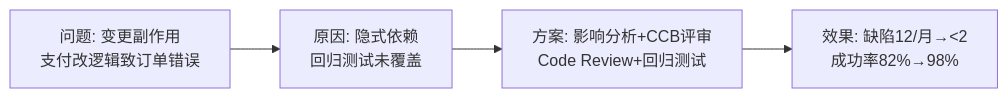
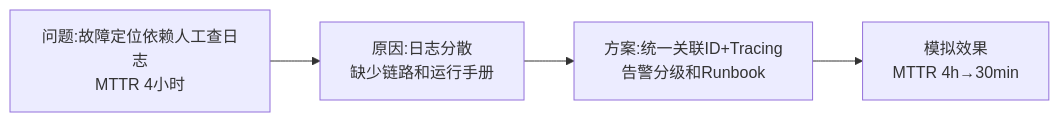
One commit to EdgarLQS/SoftwareArchitectureExamGuide changed the fourth of 4 diagrams in 02-论文专题/0008-软件维护/00-大纲记忆卡.md. Above: the diagram before and after it, drawn with Mermaid. The commit also changed other lines of this file, not shown here.

````diff
--- a/02-论文专题/0008-软件维护/00-大纲记忆卡.md
+++ b/02-论文专题/0008-软件维护/00-大纲记忆卡.md
@@ -59,6 +118,6 @@
 ```mermaid
 flowchart LR
-    A["问题: 变更副作用<br/>支付改逻辑致订单错误"] --> B["原因: 隐式依赖<br/>回归测试未覆盖"]
-    B --> C["方案: 影响分析+CCB评审<br/>Code Review+回归测试"]
-    C --> D["效果: 缺陷12/月→<2<br/>成功率82%→98%"]
+    A["问题:故障定位依赖人工查日志<br/>MTTR 4小时"] --> B["原因:日志分散<br/>缺少链路和运行手册"]
+    B --> C["方案:统一关联ID+Tracing<br/>告警分级和Runbook"]
+    C --> D["模拟效果<br/>MTTR 4h→30min"]
 ```
````
